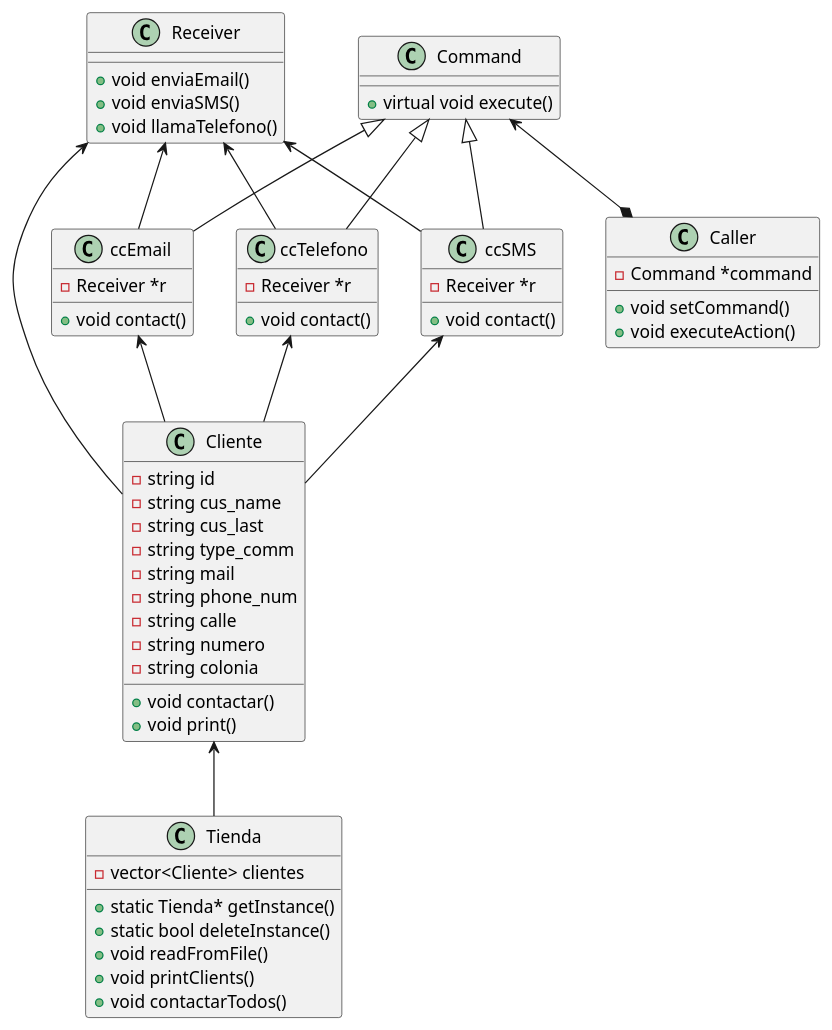
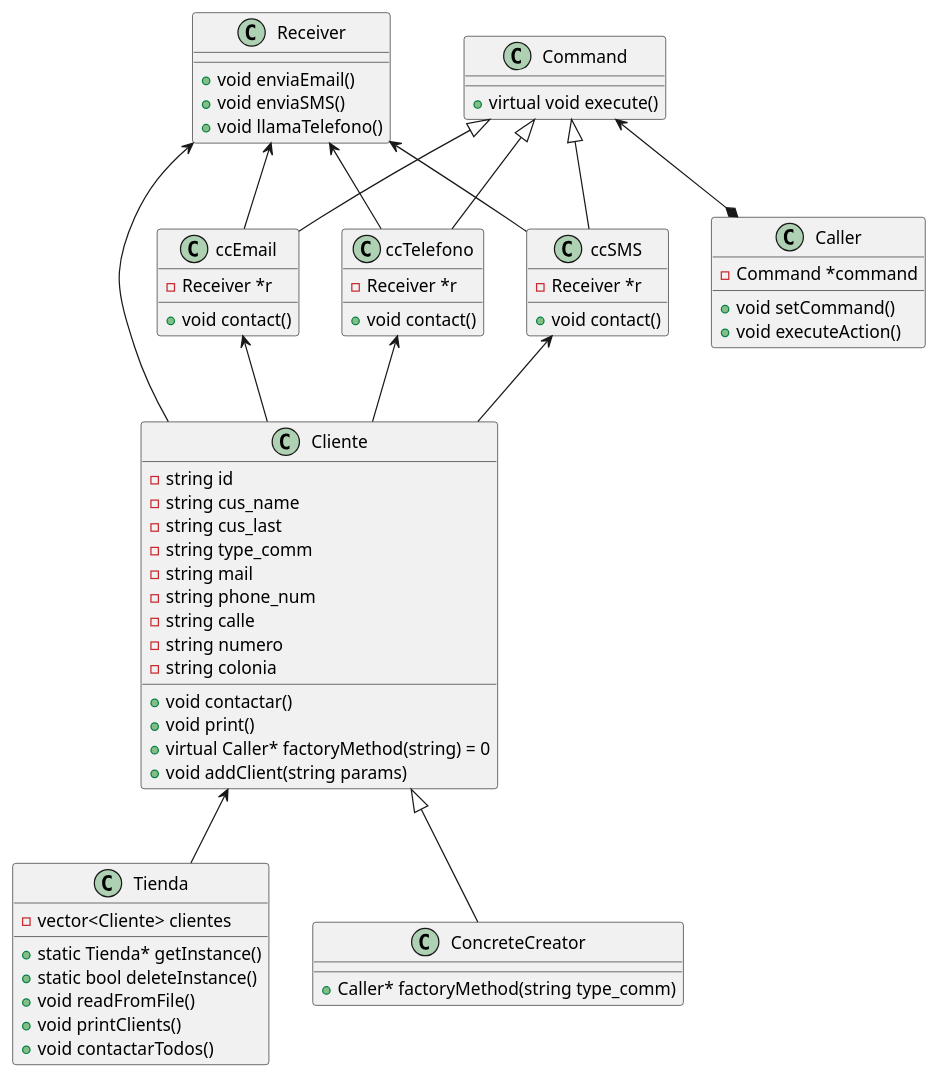
One commit to semylevy/A01023530_aymss18 changed the diagram in Evaluaciones/E1.1/clases.puml. Above: the diagram before and after it, drawn with PlantUML. The commit also changed 13 other files, not shown here.

```diff
--- a/Evaluaciones/E1.1/clases.puml
+++ b/Evaluaciones/E1.1/clases.puml
@@ -1,69 +1,76 @@
 @startuml
 
 class Tienda {
     -vector<Cliente> clientes
     +static Tienda* getInstance()
     +static bool deleteInstance()
     +void readFromFile()
     +void printClients()
     +void contactarTodos()
 }
 
 class Cliente {
     -string id
     -string cus_name
     -string cus_last
     -string type_comm
     -string mail
     -string phone_num
     -string calle
     -string numero
     -string colonia
     +void contactar()
     +void print()
+    +virtual Caller* factoryMethod(string) = 0
+    +void addClient(string params)
 }
 
 class ccEmail {
     +void contact()
     -Receiver *r
 }
 
 class ccTelefono {
     +void contact()
     -Receiver *r
 }
 
 class ccSMS {
     +void contact()
     -Receiver *r
 }
 
 class Caller {
    +void setCommand()
    +void executeAction()
    -Command *command
 }
 class Receiver {
     +void enviaEmail()
     +void enviaSMS()
     +void llamaTelefono()
 }
 
+class ConcreteCreator{
+    +Caller* factoryMethod(string type_comm)
+}
+
 class Command {
     +virtual void execute()
 }
 
 Command <|-- ccTelefono
 Command <|-- ccSMS
 Command <|-- ccEmail
 Receiver <-- Cliente
 ccTelefono <-- Cliente
 ccSMS <-- Cliente
 ccEmail <-- Cliente
 Command <--* Caller
 Receiver <-- ccTelefono
 Receiver <-- ccEmail
 Receiver <-- ccSMS
 Cliente <-- Tienda
+Cliente <|-- ConcreteCreator
 
 @enduml
```
